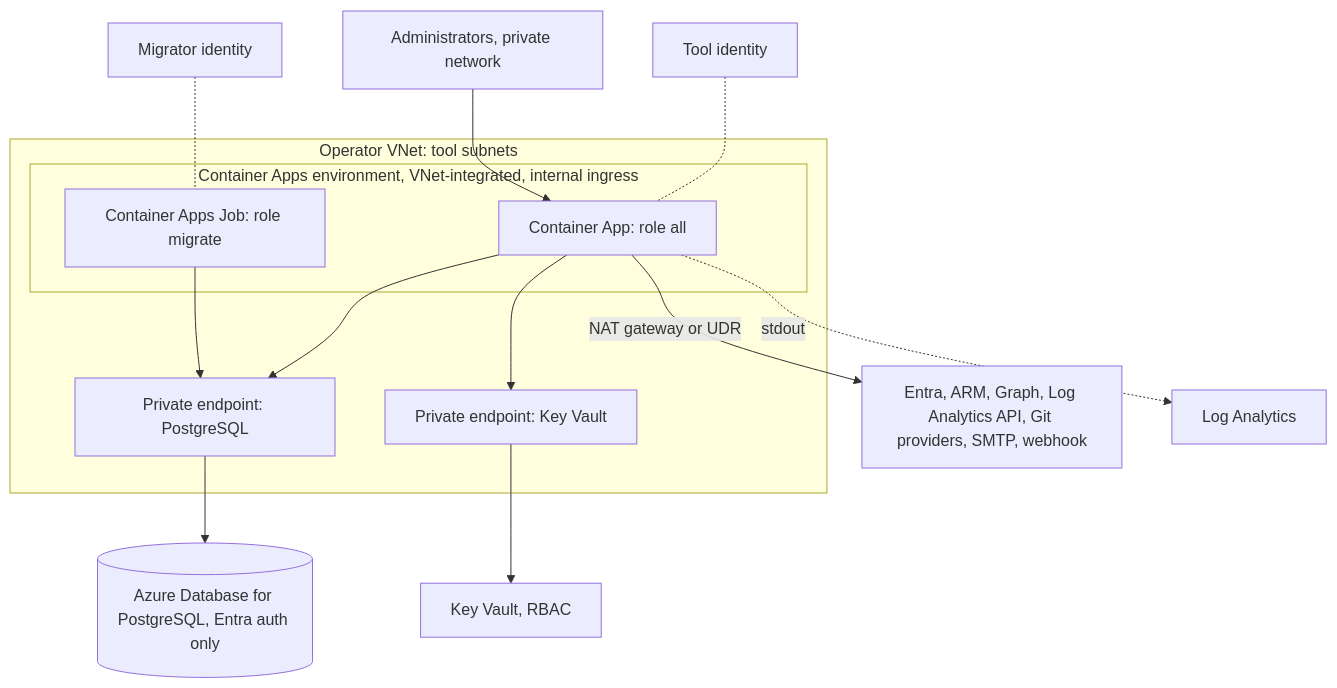
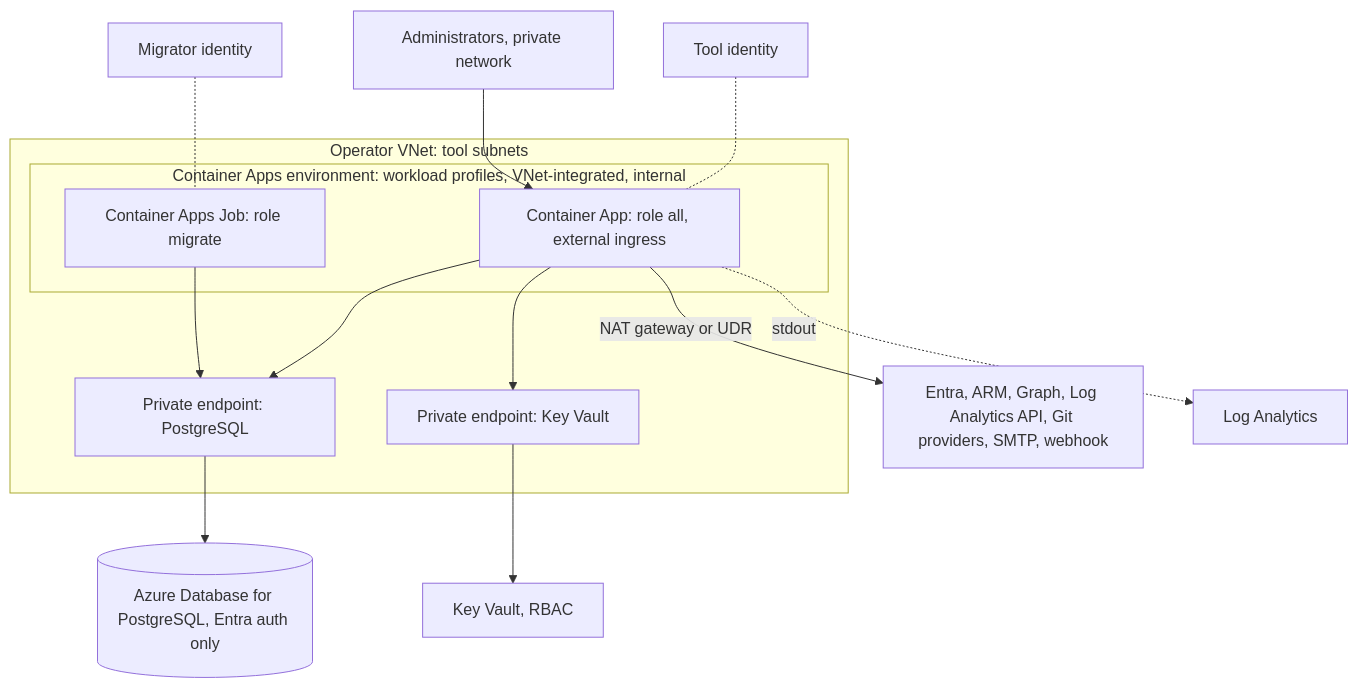
One commit to mfgAkilae/nsgfw changed the third of 4 diagrams in docs/design/architecture.md. Above: the diagram before and after it, drawn with Mermaid. The commit also changed other lines of this file and 42 other files, not shown here.

````diff
--- a/docs/design/architecture.md
+++ b/docs/design/architecture.md
@@ -265,19 +319,19 @@
 ```mermaid
 flowchart TB
   admins["Administrators, private network"] --> app
   subgraph vnet["Operator VNet: tool subnets"]
-    subgraph cae["Container Apps environment, VNet-integrated, internal ingress"]
-      app["Container App: role all"]
+    subgraph cae["Container Apps environment: workload profiles, VNet-integrated, internal"]
+      app["Container App: role all, external ingress"]
       job["Container Apps Job: role migrate"]
     end
     pepg["Private endpoint: PostgreSQL"]
     pekv["Private endpoint: Key Vault"]
   end
   app --> pepg --> pg[("Azure Database for PostgreSQL, Entra auth only")]
   job --> pepg
   app --> pekv --> kv["Key Vault, RBAC"]
   app -->|"NAT gateway or UDR"| out["Entra, ARM, Graph, Log Analytics API, Git providers, SMTP, webhook"]
   app -.->|"stdout"| la["Log Analytics"]
   uami1["Tool identity"] -.- app
   uami2["Migrator identity"] -.- job
 ```
````
